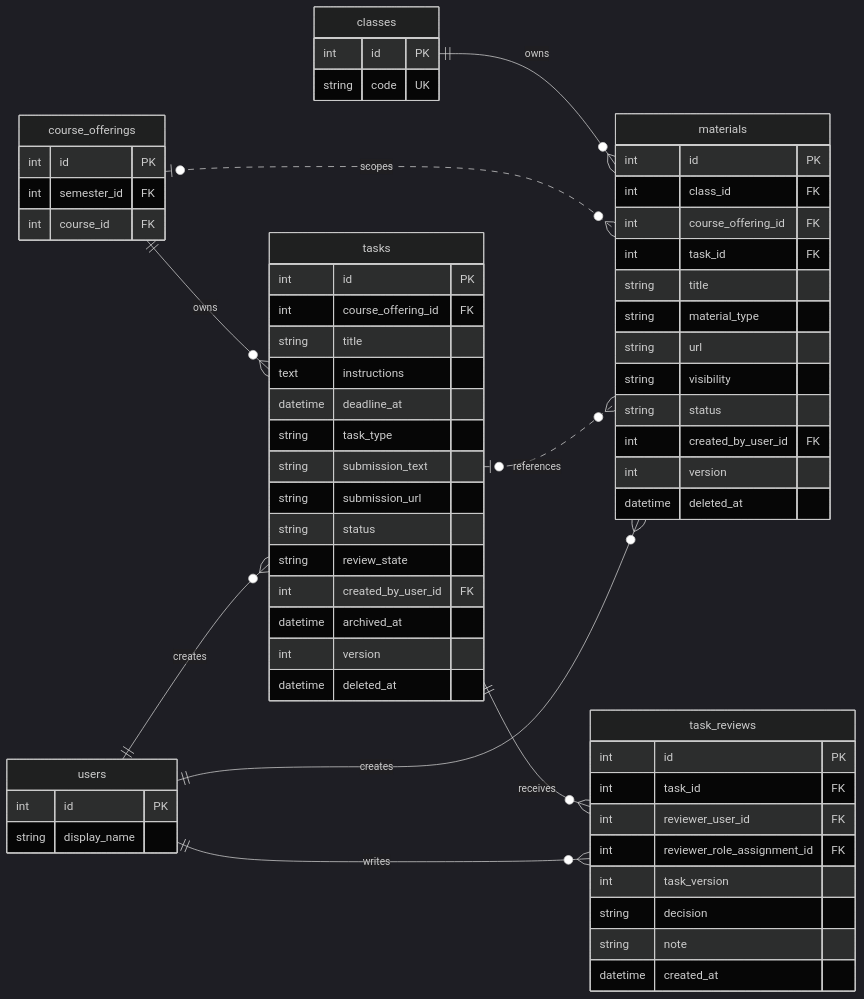
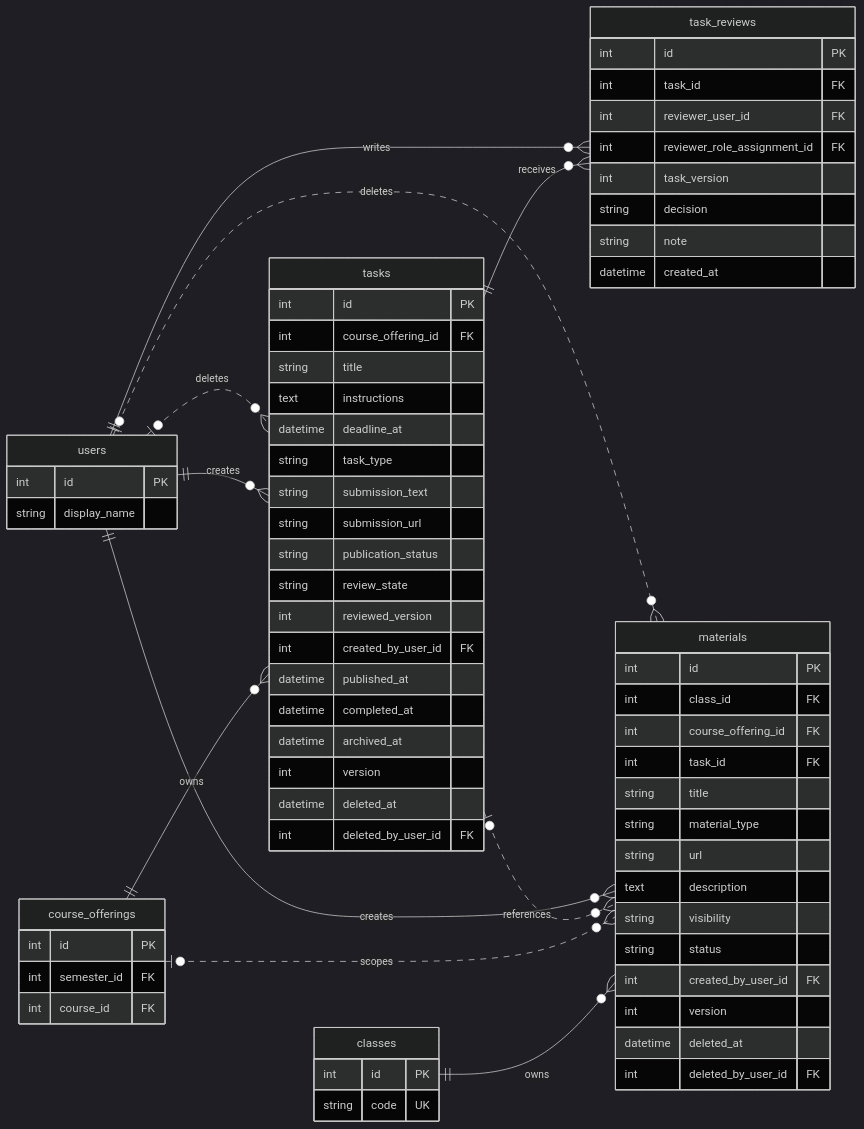
One commit to darvaaph/bot-wa-jadwal changed the fifth of 7 diagrams in docs/product/ERD.md. Above: the diagram before and after it, drawn with Mermaid (dark theme). The commit also changed other lines of this file and 8 other files, not shown here.

````diff
--- a/docs/product/ERD.md
+++ b/docs/product/ERD.md
@@ -345,67 +366,75 @@
 ```mermaid
 erDiagram
     direction LR
 
     courseOfferings ||--o{ tasks : owns
     tasks ||--o{ taskReviews : receives
     users ||--o{ taskReviews : writes
     classes ||--o{ materials : owns
     courseOfferings o|..o{ materials : scopes
     tasks o|..o{ materials : references
     users ||--o{ tasks : creates
+    users o|..o{ tasks : deletes
     users ||--o{ materials : creates
+    users o|..o{ materials : deletes
 
     courseOfferings["course_offerings"] {
         int id PK
         int semester_id FK
         int course_id FK
     }
     tasks["tasks"] {
         int id PK
         int course_offering_id FK
         string title
         text instructions
         datetime deadline_at
         string task_type
         string submission_text
         string submission_url
-        string status
+        string publication_status
         string review_state
+        int reviewed_version
         int created_by_user_id FK
+        datetime published_at
+        datetime completed_at
         datetime archived_at
         int version
         datetime deleted_at
+        int deleted_by_user_id FK
     }
     taskReviews["task_reviews"] {
         int id PK
         int task_id FK
         int reviewer_user_id FK
         int reviewer_role_assignment_id FK
         int task_version
         string decision
         string note
         datetime created_at
     }
     materials["materials"] {
         int id PK
         int class_id FK
         int course_offering_id FK
         int task_id FK
         string title
         string material_type
         string url
+        text description
         string visibility
         string status
         int created_by_user_id FK
         int version
         datetime deleted_at
+        int deleted_by_user_id FK
     }
     users["users"] {
         int id PK
         string display_name
     }
     classes["classes"] {
         int id PK
         string code UK
     }
 ```
````
